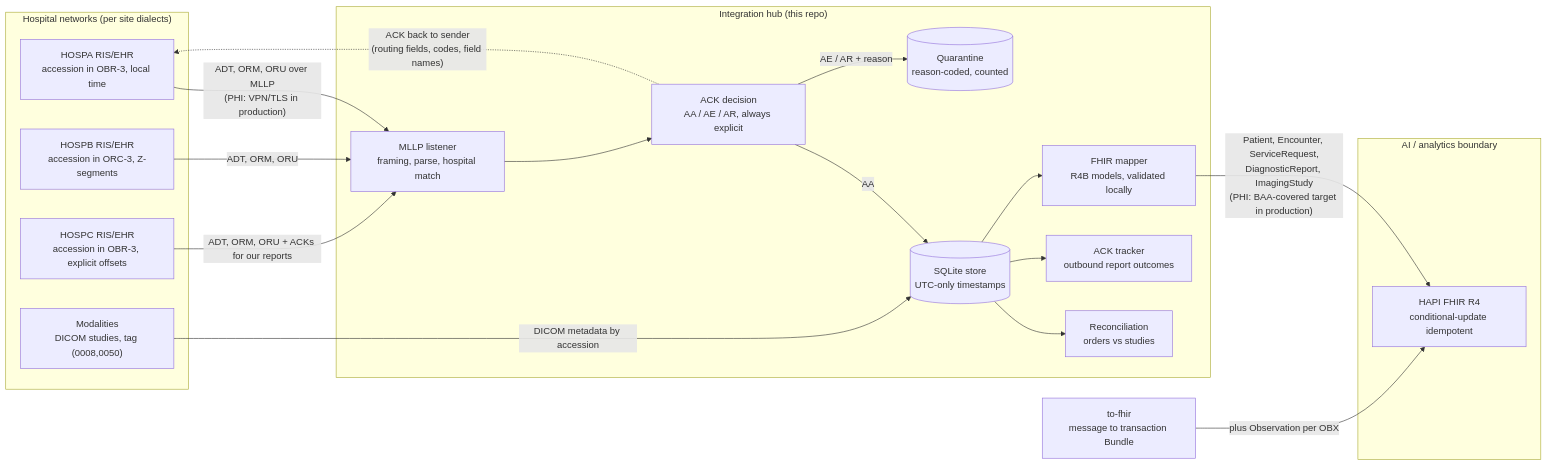
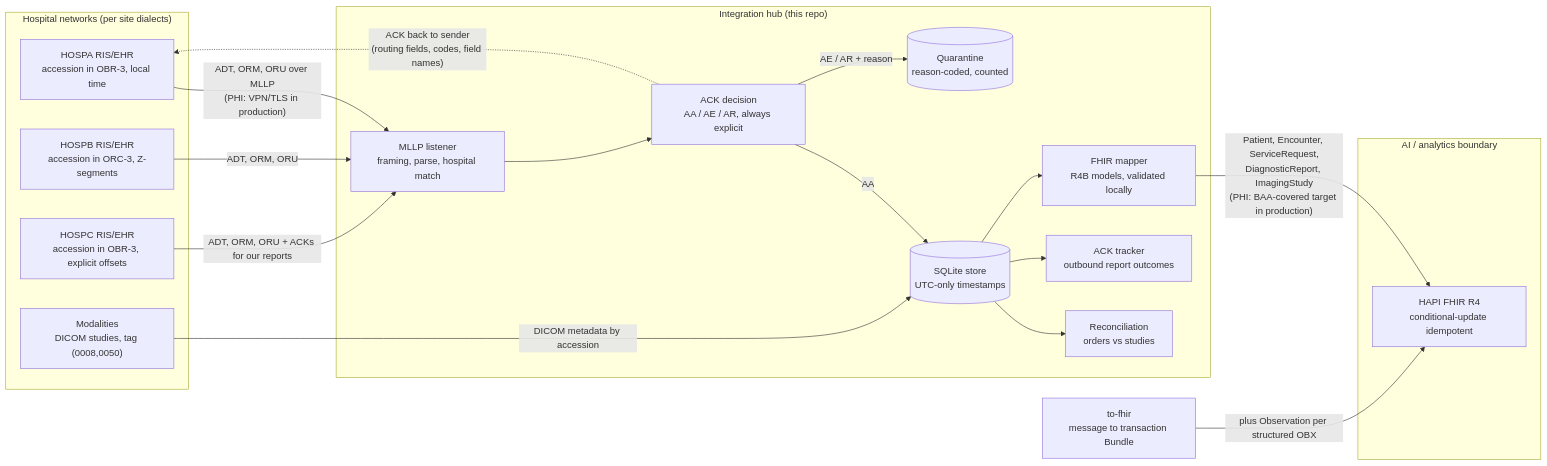
The diagram in README.md (tlo1216/hl7bridge), drawn with Mermaid before and after one commit. The commit also changed other lines of this file and 5 other files, not shown here.

Commit message:
List the schema 3, sync and mapping changes in the 0.4.0 notes

````diff
--- a/README.md
+++ b/README.md
@@ -284,37 +297,37 @@
 ```mermaid
 flowchart LR
     subgraph HOSP["Hospital networks (per site dialects)"]
         RIS_A["HOSPA RIS/EHR<br/>accession in OBR-3, local time"]
         RIS_B["HOSPB RIS/EHR<br/>accession in ORC-3, Z-segments"]
         RIS_C["HOSPC RIS/EHR<br/>accession in OBR-3, explicit offsets"]
         MOD["Modalities<br/>DICOM studies, tag (0008,0050)"]
     end
 
     subgraph HUB["Integration hub (this repo)"]
         MLLP["MLLP listener<br/>framing, parse, hospital match"]
         ACK["ACK decision<br/>AA / AE / AR, always explicit"]
         Q[("Quarantine<br/>reason-coded, counted")]
         DB[("SQLite store<br/>UTC-only timestamps")]
         REC["Reconciliation<br/>orders vs studies"]
         TRK["ACK tracker<br/>outbound report outcomes"]
         MAP["FHIR mapper<br/>R4B models, validated locally"]
     end
 
     subgraph FHIRNET["AI / analytics boundary"]
         HAPI["HAPI FHIR R4<br/>conditional-update idempotent"]
     end
 
     RIS_A -- "ADT, ORM, ORU over MLLP<br/>(PHI: VPN/TLS in production)" --> MLLP
     RIS_B -- "ADT, ORM, ORU" --> MLLP
     RIS_C -- "ADT, ORM, ORU + ACKs for our reports" --> MLLP
     MOD -- "DICOM metadata by accession" --> DB
     MLLP --> ACK
     ACK -- "AA" --> DB
     ACK -- "AE / AR + reason" --> Q
     ACK -. "ACK back to sender<br/>(routing fields, codes, field names)" .-> RIS_A
     DB --> REC
     DB --> TRK
     DB --> MAP
     MAP -- "Patient, Encounter, ServiceRequest,<br/>DiagnosticReport, ImagingStudy<br/>(PHI: BAA-covered target in production)" --> HAPI
-    V2F["to-fhir<br/>message to transaction Bundle"] -- "plus Observation per OBX" --> HAPI
+    V2F["to-fhir<br/>message to transaction Bundle"] -- "plus Observation per structured OBX" --> HAPI
 ```
````
